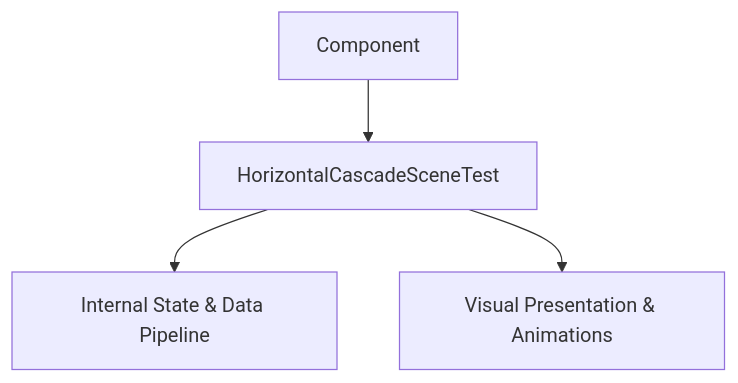
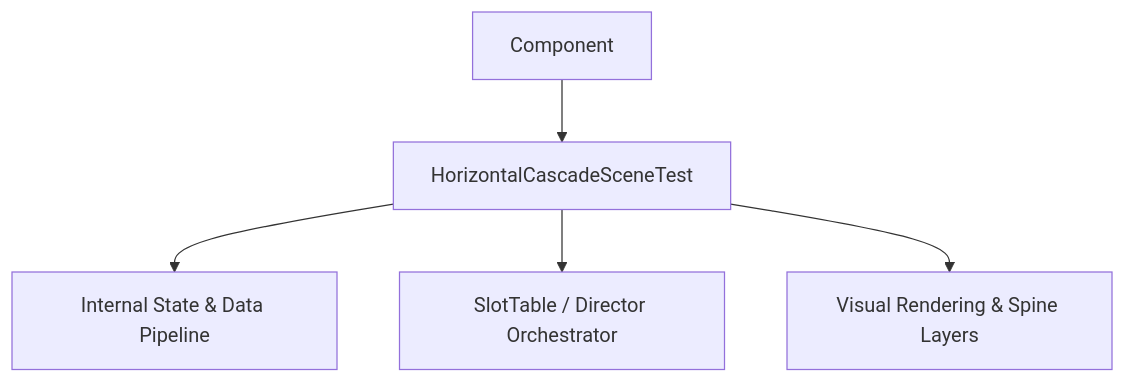
The diagram in docs/cc_slot_mechanics/modules/HorizontalCascadeSceneTest/01_overview/01_architecture_and_role.md (lam-ark/mcp-fwcc), drawn with Mermaid before and after one commit. The commit also changed other lines of this file and 2509 other files, not shown here.

````diff
--- a/docs/cc_slot_mechanics/modules/HorizontalCascadeSceneTest/01_overview/01_architecture_and_role.md
+++ b/docs/cc_slot_mechanics/modules/HorizontalCascadeSceneTest/01_overview/01_architecture_and_role.md
@@ -18,6 +24,7 @@
 ```mermaid
 graph TD
-    Parent[Component] --> Mod[HorizontalCascadeSceneTest]
-    Mod --> State[Internal State & Data Pipeline]
-    Mod --> Render[Visual Presentation & Animations]
+    SuperClass[Component] --> TargetClass[HorizontalCascadeSceneTest]
+    TargetClass --> DataPipeline[Internal State & Data Pipeline]
+    TargetClass --> Orchestrator[SlotTable / Director Orchestrator]
+    TargetClass --> ViewLayer[Visual Rendering & Spine Layers]
 ```
````
